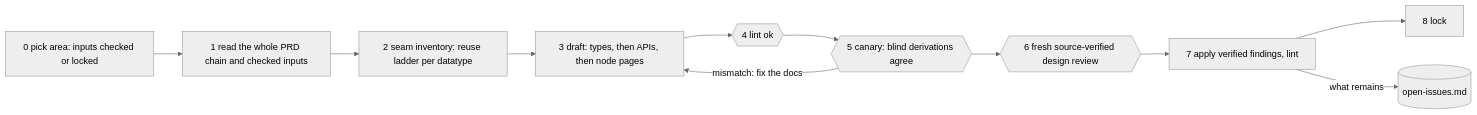
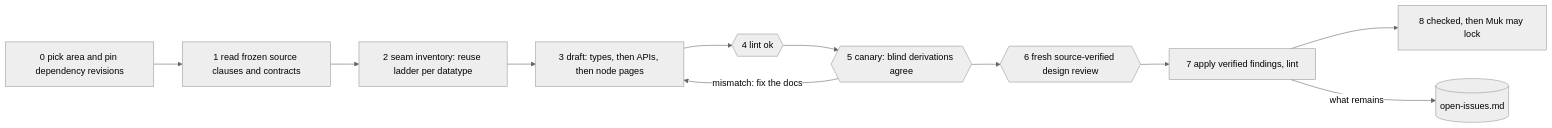
Before and after one commit to Stellven/jiuwenswarm: the diagram in docs/architecture/PROCESS.md, drawn with Mermaid (neutral theme). The commit also changed other lines of this file and 192 other files, not shown here.

Commit message:
docs: freeze M1 sources and complete Docker architecture handoff

````diff
--- a/docs/architecture/PROCESS.md
+++ b/docs/architecture/PROCESS.md
@@ -79,13 +91,13 @@
 ```mermaid
 flowchart LR
-    S0["0 pick area: inputs checked or locked"] --> S1["1 read the whole PRD chain and checked inputs"]
+    S0["0 pick area and pin dependency revisions"] --> S1["1 read frozen source clauses and contracts"]
     S1 --> S2["2 seam inventory: reuse ladder per datatype"]
     S2 --> S3["3 draft: types, then APIs, then node pages"]
     S3 --> S4{{"4 lint ok"}}
     S4 --> S5{{"5 canary: blind derivations agree"}}
     S5 -->|"mismatch: fix the docs"| S3
     S5 --> S6{{"6 fresh source-verified design review"}}
     S6 --> S7["7 apply verified findings, lint"]
-    S7 --> S8["8 lock"]
+    S7 --> S8["8 checked, then Muk may lock"]
     S7 -->|"what remains"| OI[("open-issues.md")]
 ```
````
